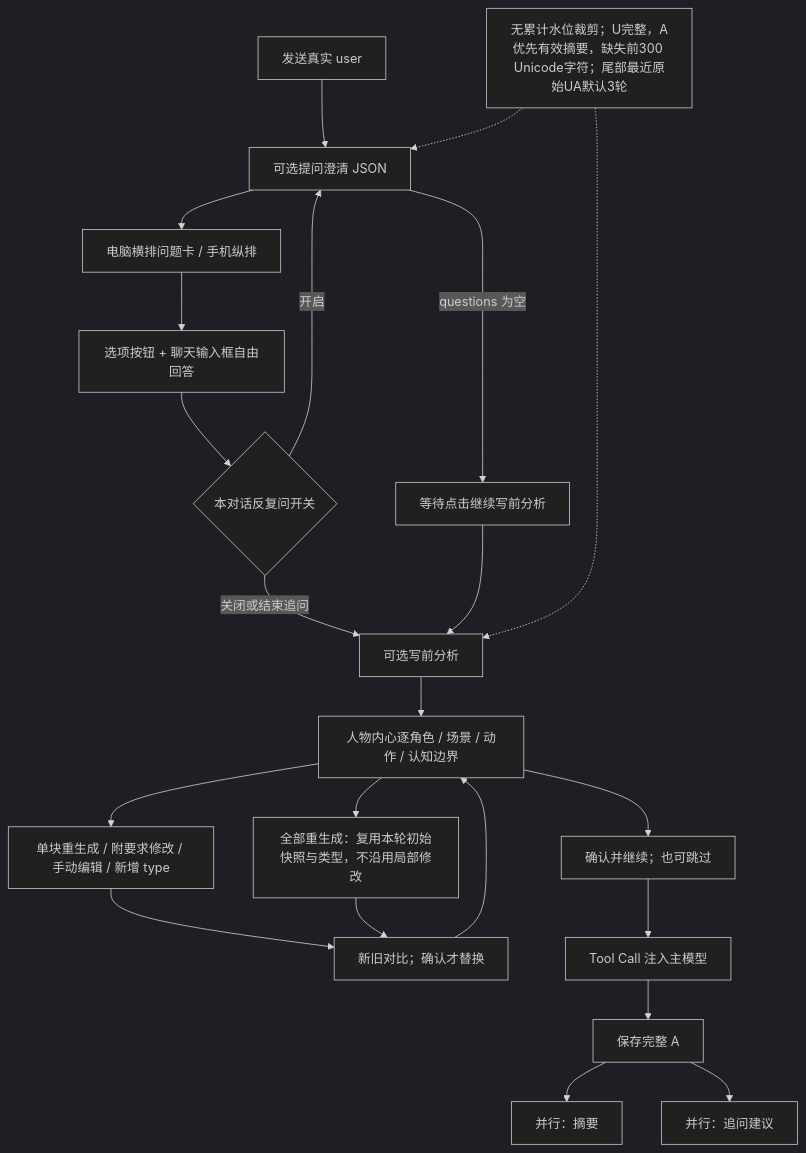
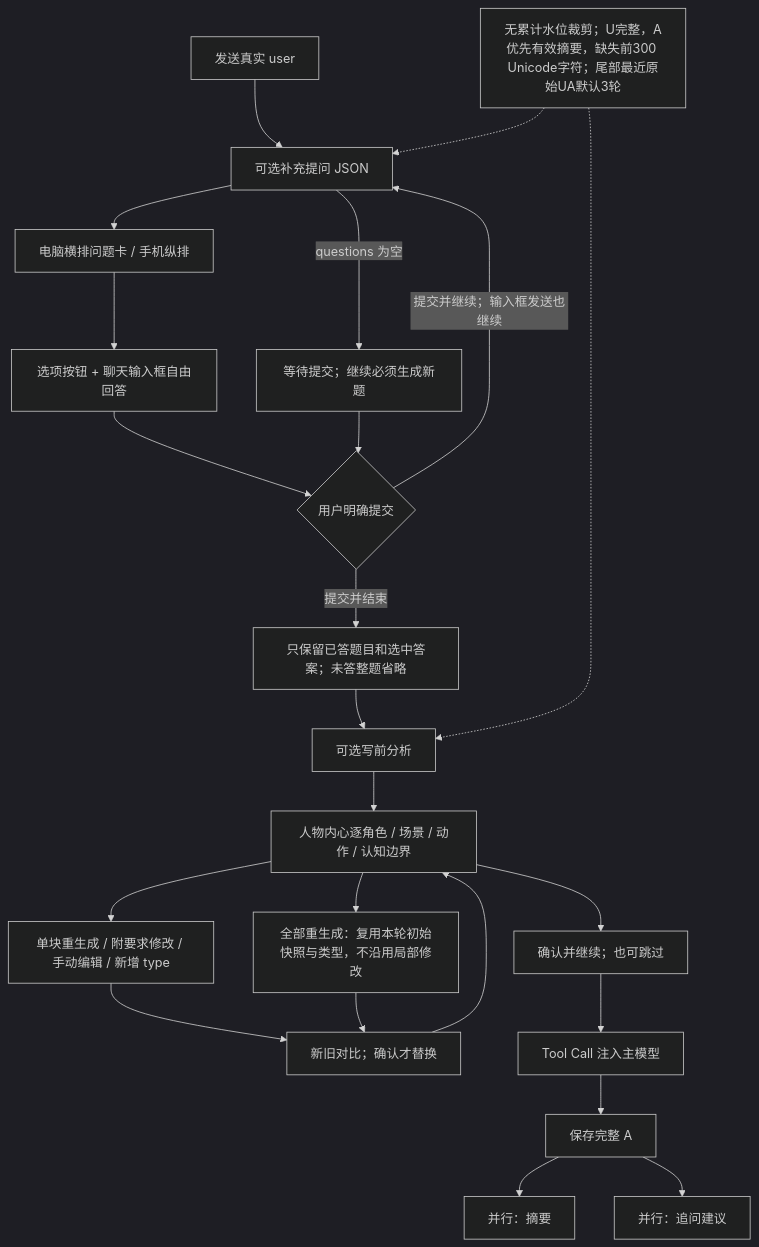
One commit to ccawmiku/workers-chat changed the first of 3 diagrams in docs/PLUGINS.md. Above: the diagram before and after it, drawn with Mermaid (dark theme). The commit also changed other lines of this file and 29 other files, not shown here.

````diff
--- a/docs/PLUGINS.md
+++ b/docs/PLUGINS.md
@@ -7,24 +7,25 @@
 ```mermaid
 flowchart TD
-  U[发送真实 user] --> C[可选提问澄清 JSON]
+  U[发送真实 user] --> C[可选补充提问 JSON]
   C --> Q[电脑横排问题卡 / 手机纵排]
   Q --> A[选项按钮 + 聊天输入框自由回答]
-  A --> L{本对话反复问开关}
-  L -->|开启| C
-  L -->|关闭或结束追问| P[可选写前分析]
-  C -->|questions 为空| Wait[等待点击继续写前分析]
-  Wait --> P
+  A --> L{用户明确提交}
+  L -->|提交并继续；输入框发送也继续| C
+  L -->|提交并结束| Filter[只保留已答题目和选中答案；未答整题省略]
+  Filter --> P[可选写前分析]
+  C -->|questions 为空| Wait[等待提交；继续必须生成新题]
+  Wait --> L
   P --> Blocks[人物内心逐角色 / 场景 / 动作 / 认知边界]
   Blocks --> Edit[单块重生成 / 附要求修改 / 手动编辑 / 新增 type]
   Edit --> Compare[新旧对比；确认才替换]
   Compare --> Blocks
   Blocks --> All[全部重生成：复用本轮初始快照与类型，不沿用局部修改]
   All --> Compare
   Blocks --> Gate[确认并继续；也可跳过]
   Gate --> Main[Tool Call 注入主模型]
   Main --> Saved[保存完整 A]
   Saved --> S[并行：摘要]
   Saved --> F[并行：追问建议]
   W[无累计水位裁剪；U完整，A优先有效摘要，缺失前300 Unicode字符；尾部最近原始UA默认3轮] -.-> C
   W -.-> P
 ```
````
